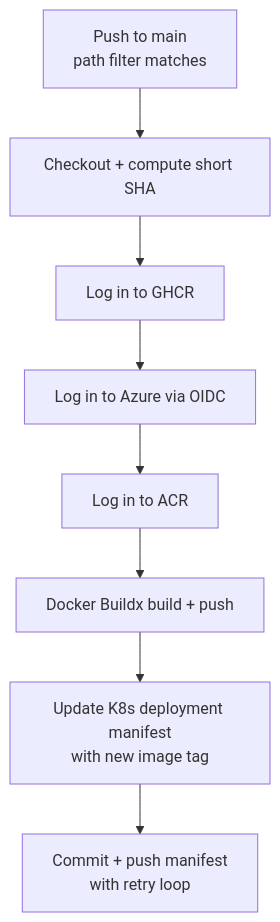
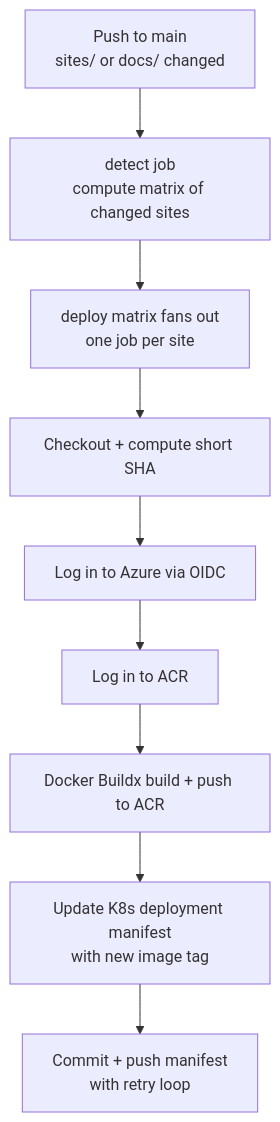
The first of 2 diagrams in docs/ci-cd.md (DevOpsKev/kevinryan-io), drawn with Mermaid before and after one commit. The commit also changed other lines of this file and 8 other files, not shown here.

First line of the commit message:
Consolidate per-site deploy workflows into a single deploy.yml

````diff
--- a/docs/ci-cd.md
+++ b/docs/ci-cd.md
@@ -24,10 +24,11 @@
 ```mermaid
 graph TD
-    A[Push to main<br/>path filter matches] --> B[Checkout + compute short SHA]
-    B --> C[Log in to GHCR]
-    C --> D[Log in to Azure via OIDC]
-    D --> E[Log in to ACR]
-    E --> F[Docker Buildx build + push]
-    F --> G[Update K8s deployment manifest<br/>with new image tag]
-    G --> H[Commit + push manifest<br/>with retry loop]
+    A[Push to main<br/>sites/ or docs/ changed] --> B[detect job<br/>compute matrix of changed sites]
+    B --> C[deploy matrix fans out<br/>one job per site]
+    C --> D[Checkout + compute short SHA]
+    D --> E[Log in to Azure via OIDC]
+    E --> F[Log in to ACR]
+    F --> G[Docker Buildx build + push to ACR]
+    G --> H[Update K8s deployment manifest<br/>with new image tag]
+    H --> I[Commit + push manifest<br/>with retry loop]
 ```
````
